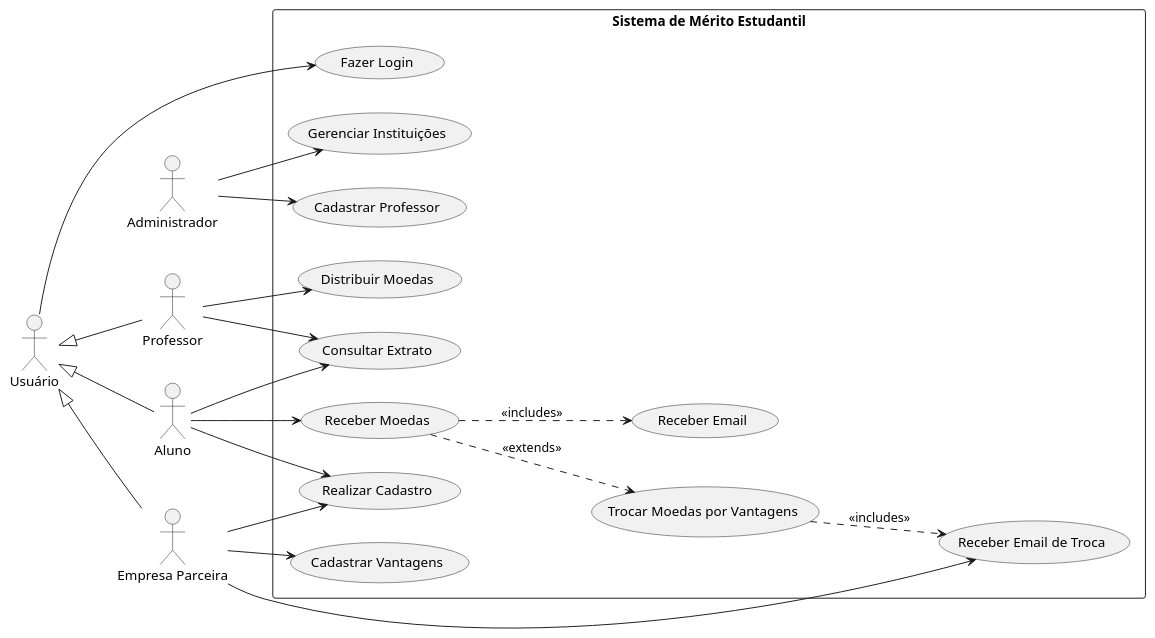
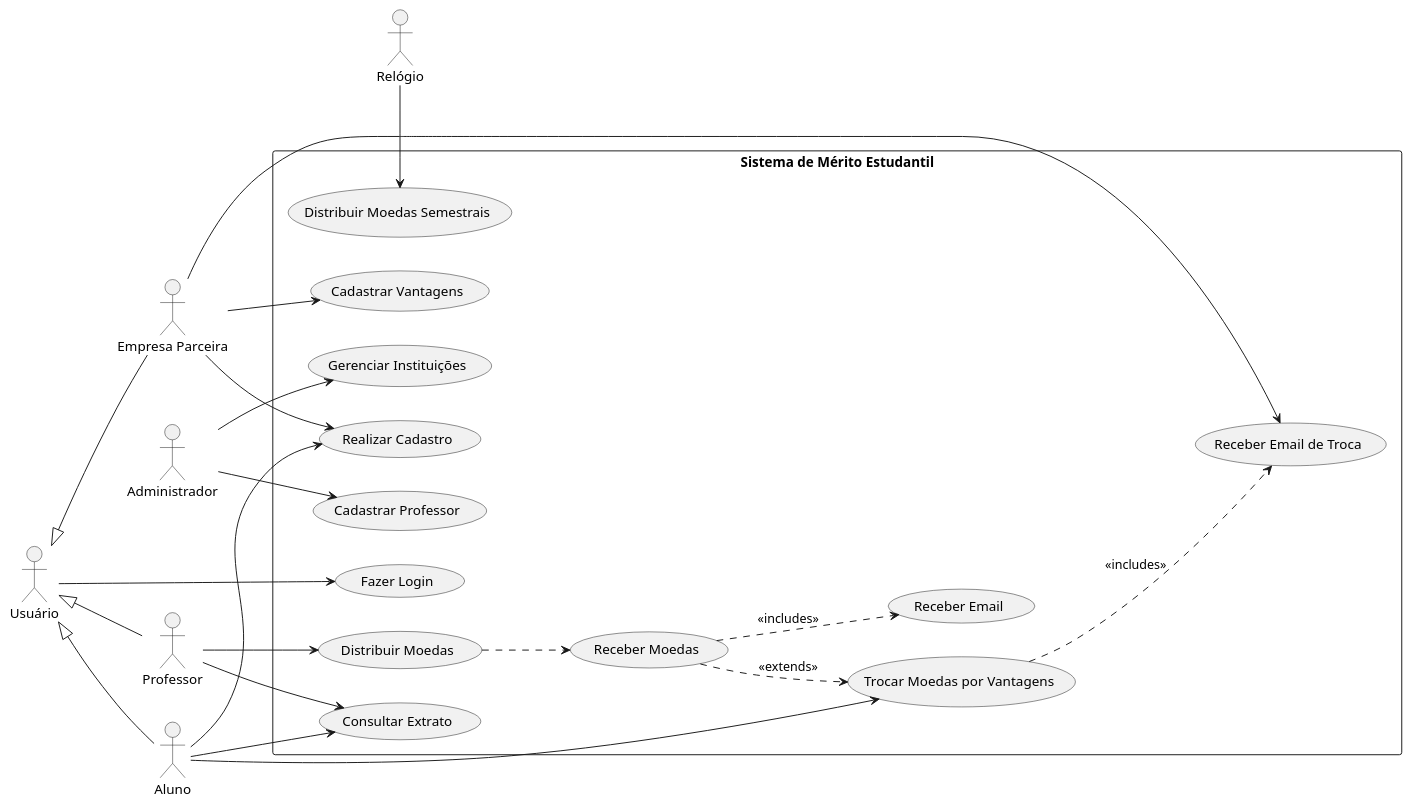
The diagram in Projeto/Diagrama de Casos de Uso/DiagramaCasoDeUso.puml (lucasxae/Coin-System), drawn with PlantUML before and after one commit. The commit also changed 1 other file, not shown here.

```diff
--- a/Projeto/Diagrama de Casos de Uso/DiagramaCasoDeUso.puml
+++ b/Projeto/Diagrama de Casos de Uso/DiagramaCasoDeUso.puml
@@ -1,58 +1,64 @@
 @startuml
 left to right direction
 skinparam packageStyle rectangle
 
 actor "Administrador" as Administrador
 
 actor "Usuário" as Usuario
 
 actor "Aluno" as Aluno
 actor "Professor" as Professor
 actor "Empresa Parceira" as Empresa
 
+actor "Relógio" as Relogio
+
 rectangle "Sistema de Mérito Estudantil" {
 
     (Fazer Login) as UC_Login
     (Consultar Extrato) as UC_ConsultarExtrato
 
     (Cadastrar Professor) as UC_CadastrarProfessor
     (Realizar Cadastro) as UC_RealizarCadastro
     (Gerenciar Instituições) as UC_GerenciarInstituicoes
 
     (Distribuir Moedas) as UC_DistribuirMoedas
+    (Distribuir Moedas Semestrais) as UC_DistribuirMoedasProfessor
     (Receber Moedas) as UC_ReceberMoedas
     (Trocar Moedas por Vantagens) as UC_TrocarMoedas
 
     (Cadastrar Vantagens) as UC_AdicionarVantagens
     (Receber Email) as UC_ReceberNotificacaoMoedas
     (Receber Email de Troca) as UC_ReceberNotificacaoTroca
 
 }
 
 Usuario <|-- Aluno
 Usuario <|-- Professor
 Usuario <|-- Empresa
 
 Usuario --> UC_Login
 
-Aluno --> UC_ReceberMoedas
 Aluno --> UC_ConsultarExtrato
+Aluno --> UC_TrocarMoedas
 Aluno --> UC_RealizarCadastro
 
 Professor --> UC_DistribuirMoedas
 Professor --> UC_ConsultarExtrato
 
 Empresa --> UC_RealizarCadastro
 Empresa --> UC_AdicionarVantagens
 Empresa --> UC_ReceberNotificacaoTroca
 
 Administrador --> UC_CadastrarProfessor
 Administrador --> UC_GerenciarInstituicoes
 
+UC_DistribuirMoedasProfessor <-right- Relogio
+
 UC_ReceberMoedas ..> UC_TrocarMoedas : <<extends>>
+UC_DistribuirMoedas ..> UC_ReceberMoedas
 UC_ReceberMoedas ..> UC_ReceberNotificacaoMoedas : <<includes>>
 UC_TrocarMoedas ..> UC_ReceberNotificacaoTroca : <<includes>>
 
 }
 
 @enduml
```
